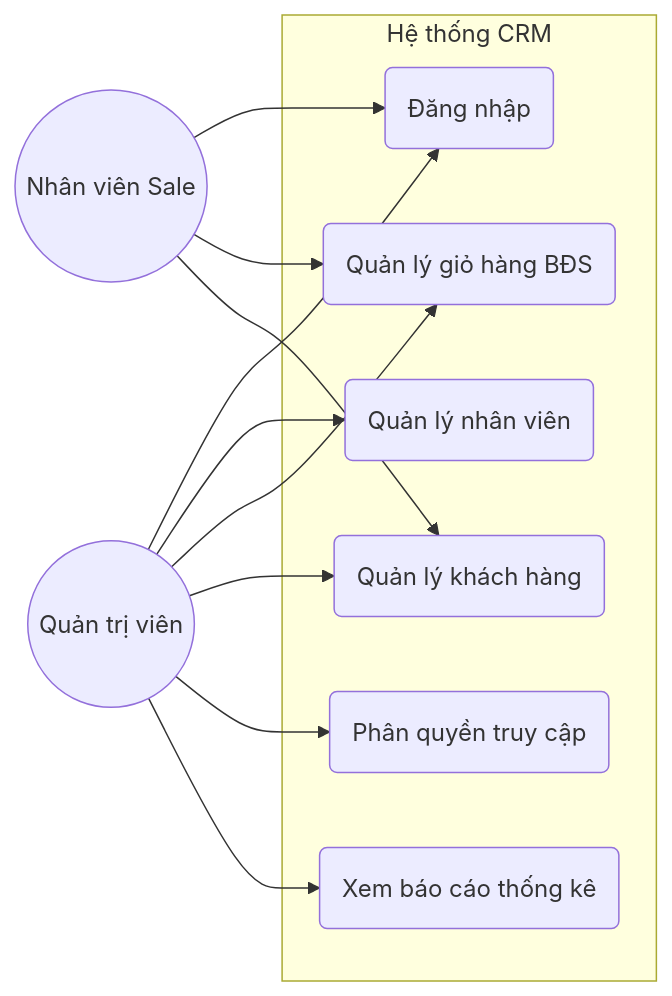
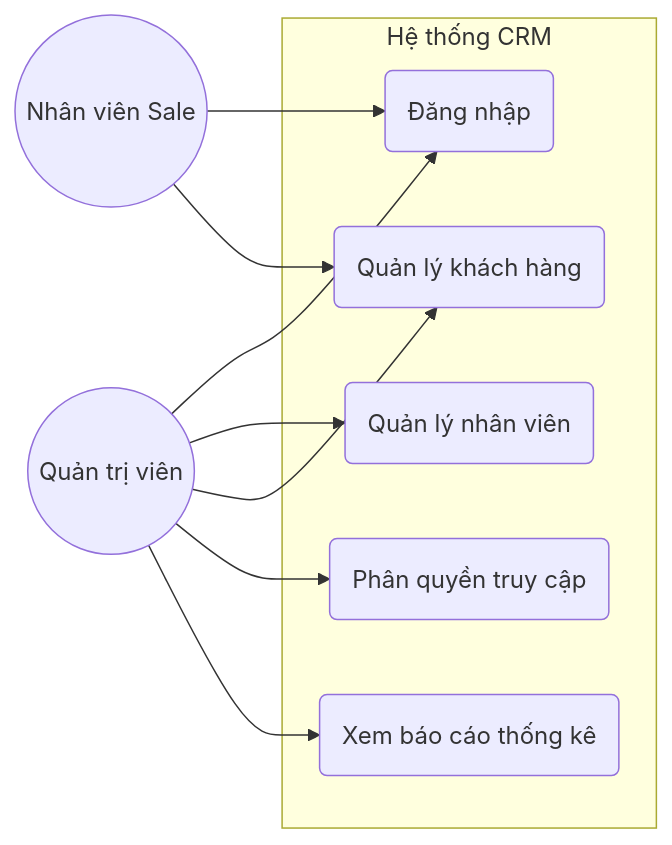
One commit to toandev2505/customer-bds-fe changed the first of 7 diagrams in README.md. Above: the diagram before and after it, drawn with Mermaid. The commit also changed other lines of this file, not shown here.

````diff
--- a/README.md
+++ b/README.md
@@ -23,25 +23,22 @@
 ```mermaid
 graph LR
     subgraph "Hệ thống CRM"
         UC1(Quản lý nhân viên)
-        UC2(Quản lý giỏ hàng BĐS)
-        UC3(Quản lý khách hàng)
-        UC4(Phân quyền truy cập)
-        UC5(Xem báo cáo thống kê)
-        UC6(Đăng nhập)
+        UC2(Quản lý khách hàng)
+        UC3(Phân quyền truy cập)
+        UC4(Xem báo cáo thống kê)
+        UC5(Đăng nhập)
     end
 
     staff((Nhân viên Sale))
     admin((Quản trị viên))
 
-    staff --> UC6
+    staff --> UC5
     staff --> UC2
-    staff --> UC3
 
-    admin --> UC6
+    admin --> UC5
     admin --> UC1
     admin --> UC2
     admin --> UC3
     admin --> UC4
-    admin --> UC5
 ```
````
